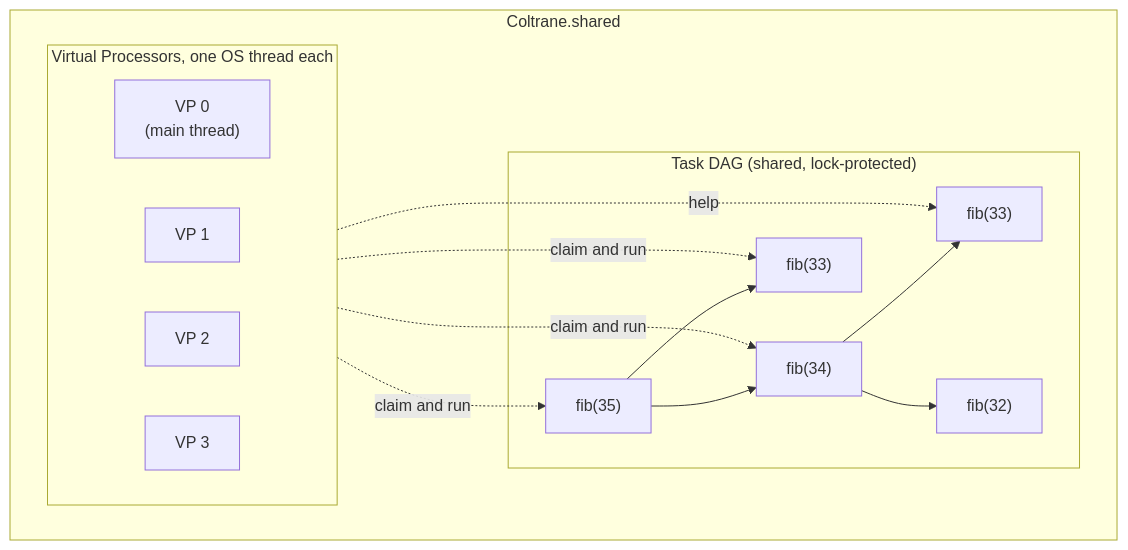
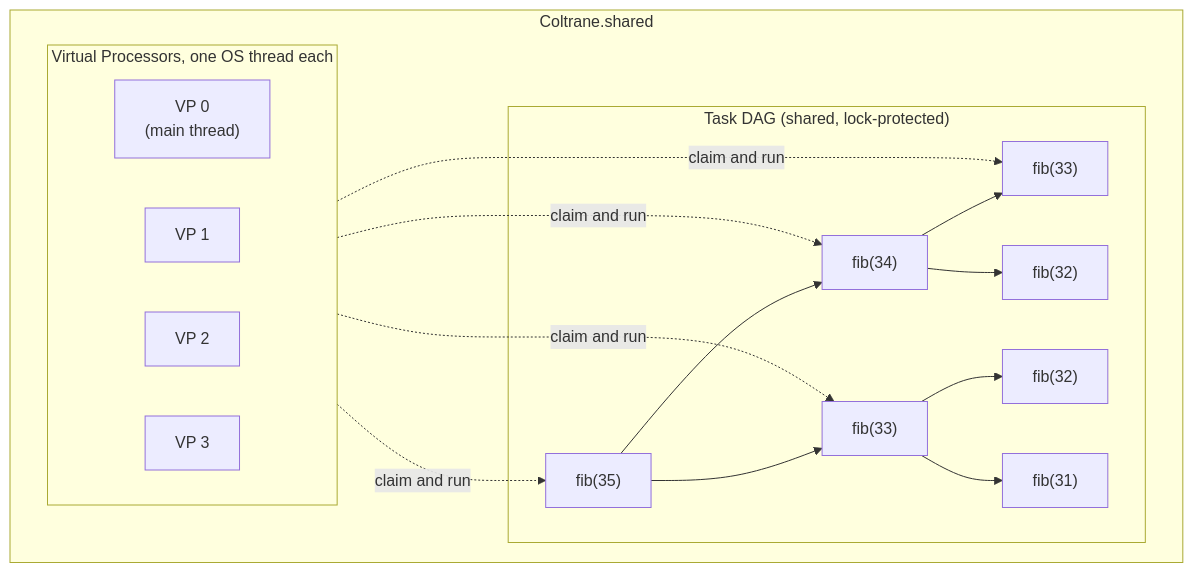
The first of 2 diagrams in README.md (otaviocc/Coltrane), drawn with Mermaid before and after one commit.

````diff
--- a/README.md
+++ b/README.md
@@ -100,27 +100,31 @@
 ```mermaid
 flowchart TB
     subgraph RT["Coltrane.shared"]
         subgraph VPs["Virtual Processors, one OS thread each"]
             direction LR
             VP0["VP 0<br/>(main thread)"]
             VP1["VP 1"]
             VP2["VP 2"]
             VP3["VP 3"]
         end
         subgraph DAG["Task DAG (shared, lock-protected)"]
             ROOT["fib(35)"]
             C1["fib(34)"]
             C2["fib(33)"]
             G1["fib(33)"]
             G2["fib(32)"]
+            G3["fib(32)"]
+            G4["fib(31)"]
             ROOT --> C1
             ROOT --> C2
             C1 --> G1
             C1 --> G2
+            C2 --> G3
+            C2 --> G4
         end
     end
     VP0 -. claim and run .-> ROOT
     VP1 -. claim and run .-> C1
     VP2 -. claim and run .-> C2
-    VP3 -. help .-> G1
+    VP3 -. claim and run .-> G1
 ```
````
